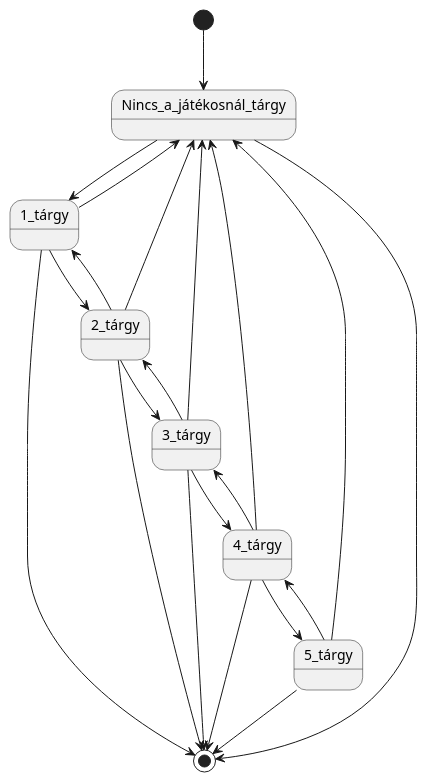
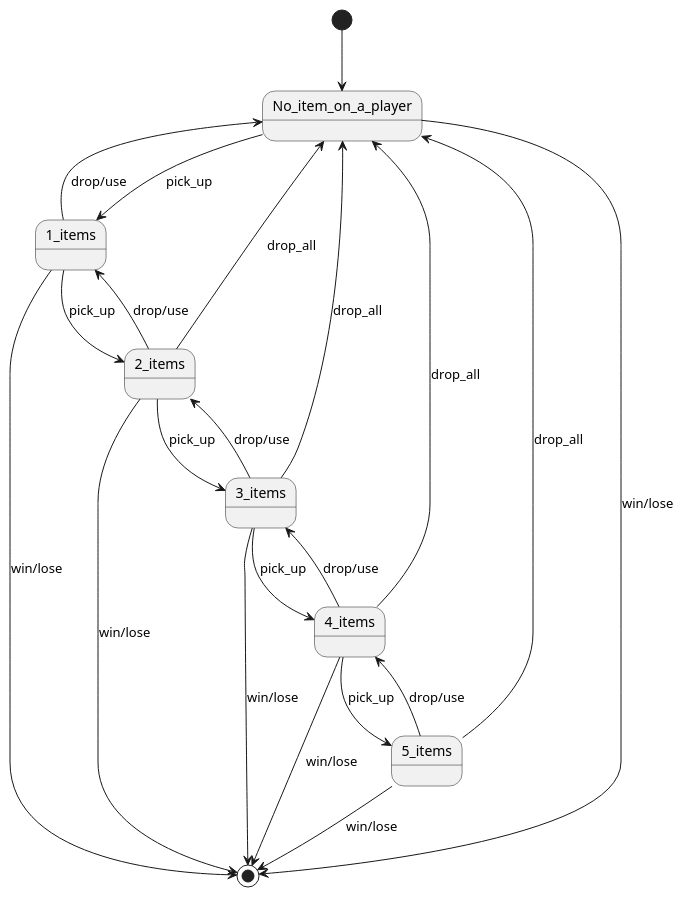
The diagram in resources/state_chart/Items_on_player.puml (MysticMazeEducators/.github), drawn with PlantUML before and after one commit. The commit also changed 33 other files, not shown here.

Commit message:
translating state charts to English and completing them

```diff
--- a/resources/state_chart/Items_on_player.puml
+++ b/resources/state_chart/Items_on_player.puml
@@ -1,30 +1,30 @@
 @startuml
 'https://plantuml.com/state-diagram
 
-[*] --> Nincs_a_játékosnál_tárgy
-Nincs_a_játékosnál_tárgy --> 1_tárgy
-1_tárgy --> 2_tárgy
-2_tárgy --> 1_tárgy
-1_tárgy --> Nincs_a_játékosnál_tárgy
+[*] --> No_item_on_a_player
+No_item_on_a_player --> 1_items : pick_up
+1_items --> 2_items : pick_up
+2_items --> 1_items : drop/use
+1_items --> No_item_on_a_player : drop/use
 
-2_tárgy --> 3_tárgy
-3_tárgy --> 2_tárgy
-2_tárgy --> Nincs_a_játékosnál_tárgy
+2_items --> 3_items : pick_up
+3_items --> 2_items : drop/use
+2_items --> No_item_on_a_player : drop_all
 
-3_tárgy --> 4_tárgy
-4_tárgy --> 3_tárgy
-3_tárgy --> Nincs_a_játékosnál_tárgy
+3_items --> 4_items : pick_up
+4_items --> 3_items : drop/use
+3_items --> No_item_on_a_player : drop_all
 
-4_tárgy --> 5_tárgy
-5_tárgy --> 4_tárgy
-4_tárgy --> Nincs_a_játékosnál_tárgy
+4_items --> 5_items : pick_up
+5_items --> 4_items : drop/use
+4_items --> No_item_on_a_player : drop_all
 
-5_tárgy --> Nincs_a_játékosnál_tárgy
+5_items --> No_item_on_a_player : drop_all
 
-1_tárgy --> [*]
-2_tárgy --> [*]
-3_tárgy --> [*]
-4_tárgy --> [*]
-5_tárgy --> [*]
-Nincs_a_játékosnál_tárgy --> [*]
+1_items --> [*] : win/lose
+2_items --> [*] : win/lose
+3_items --> [*] : win/lose
+4_items --> [*] : win/lose
+5_items --> [*] : win/lose
+No_item_on_a_player --> [*] : win/lose
 @enduml
```
